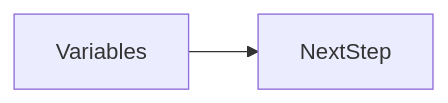
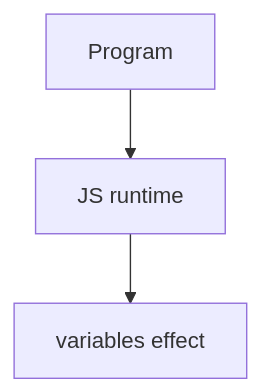
The second of 2 diagrams in docs/en/06-javascript/variables/index.md (OmidJavaherii/Frontend-Engineering-Handbook), drawn with Mermaid before and after one commit. The commit also changed other lines of this file and 461 other files, not shown here.

````diff
--- a/docs/en/06-javascript/variables/index.md
+++ b/docs/en/06-javascript/variables/index.md
@@ -94,4 +108,5 @@
 ```mermaid
-flowchart LR
-  concept[Variables] --> nextStep[NextStep]
+flowchart TD
+  Code[Program] --> Runtime[JS runtime]
+  Runtime --> Effect[variables effect]
 ```
````
